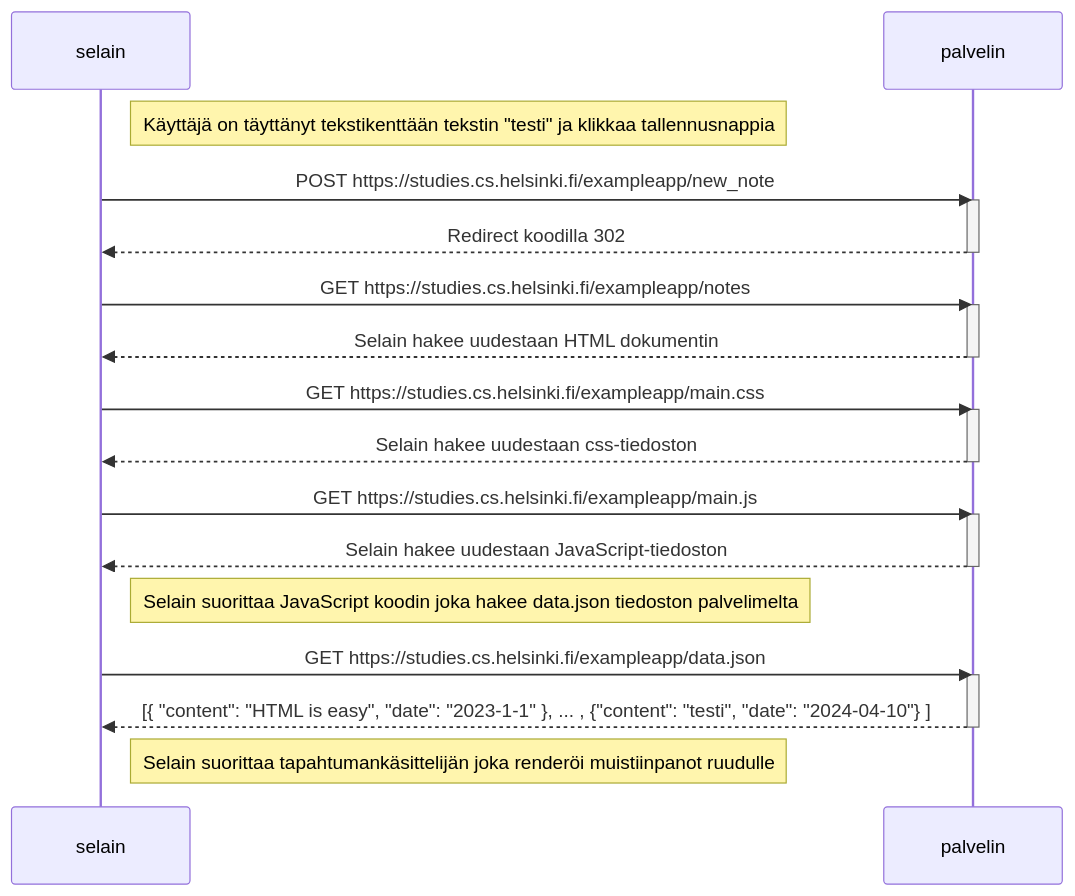
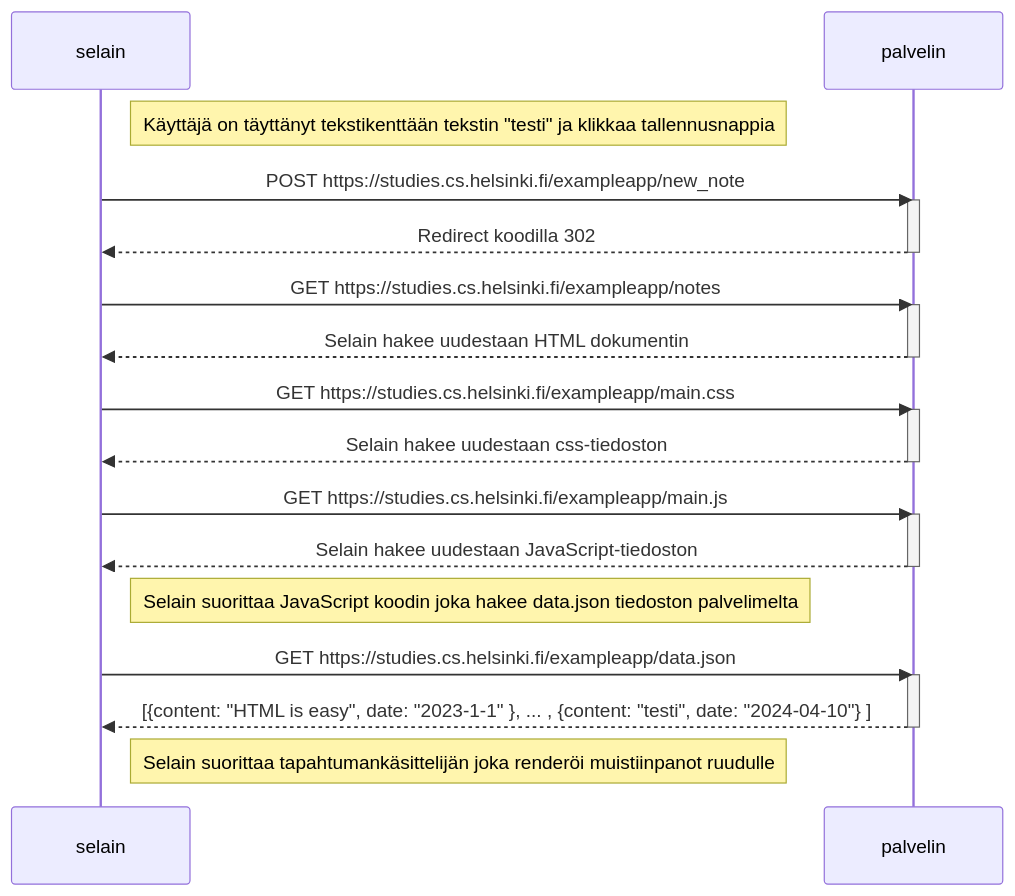
Before and after one commit to ogvirtan/fullstack: the diagram in osa0/0.4_uusi_muistiinpano.md, drawn with Mermaid. The commit also changed other lines of this file and 2 other files, not shown here.

````diff
--- a/osa0/0.4_uusi_muistiinpano.md
+++ b/osa0/0.4_uusi_muistiinpano.md
@@ -1,36 +5,36 @@
 ```mermaid
 sequenceDiagram
     participant selain
     participant palvelin
     
     Note right of selain: Käyttäjä on täyttänyt tekstikenttään tekstin "testi" ja klikkaa tallennusnappia
 
     selain->>palvelin: POST https://studies.cs.helsinki.fi/exampleapp/new_note
     activate palvelin
     palvelin-->>selain: Redirect koodilla 302
     deactivate palvelin
     
     selain->>palvelin: GET https://studies.cs.helsinki.fi/exampleapp/notes
     activate palvelin
     palvelin-->>selain: Selain hakee uudestaan HTML dokumentin
     deactivate palvelin
     
     selain->>palvelin: GET https://studies.cs.helsinki.fi/exampleapp/main.css
     activate palvelin
     palvelin-->>selain: Selain hakee uudestaan css-tiedoston
     deactivate palvelin
     
     selain->>palvelin: GET https://studies.cs.helsinki.fi/exampleapp/main.js
     activate palvelin
     palvelin-->>selain: Selain hakee uudestaan JavaScript-tiedoston
     deactivate palvelin
     
     Note right of selain: Selain suorittaa JavaScript koodin joka hakee data.json tiedoston palvelimelta
     
     selain->>palvelin: GET https://studies.cs.helsinki.fi/exampleapp/data.json
     activate palvelin
-    palvelin-->>selain: [{ "content": "HTML is easy", "date": "2023-1-1" }, ... , {"content": "testi", "date": "2024-04-10"} ]
+    palvelin-->>selain: [{content: "HTML is easy", date: "2023-1-1" }, ... , {content: "testi", date: "2024-04-10"} ]
     deactivate palvelin    
 
     Note right of selain: Selain suorittaa tapahtumankäsittelijän joka renderöi muistiinpanot ruudulle
 ```
````
